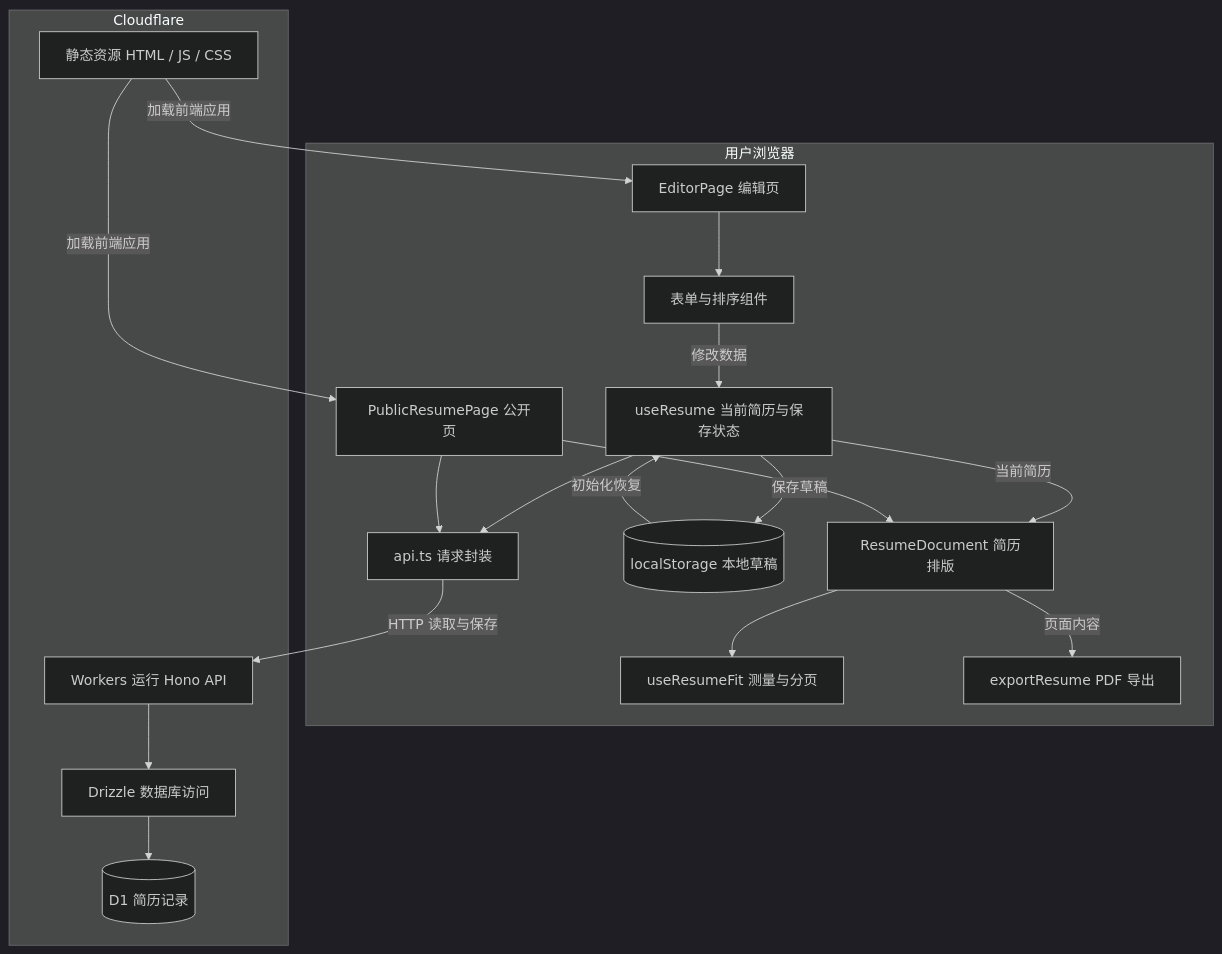
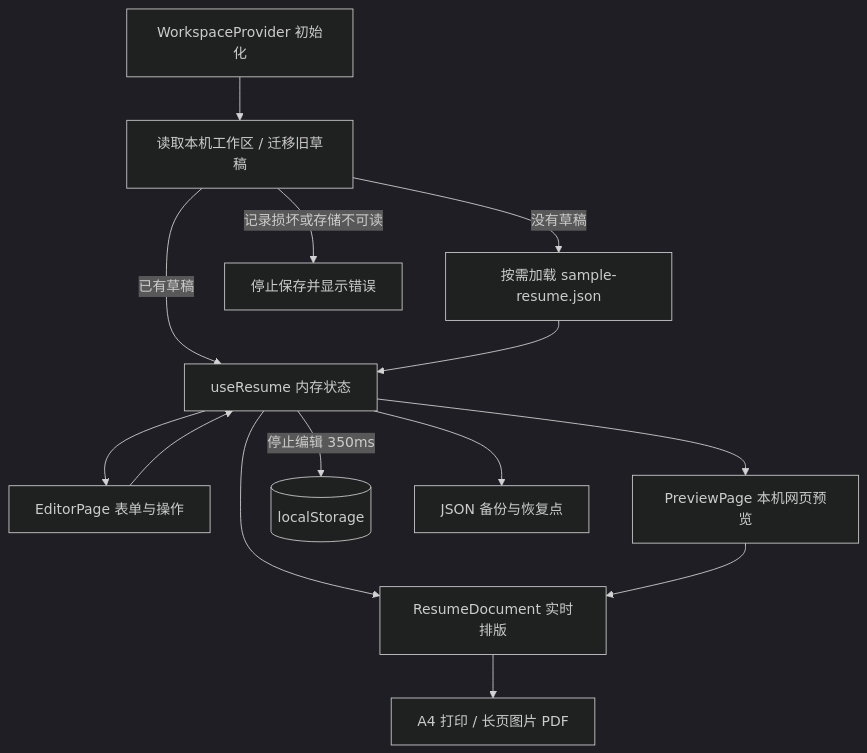
One commit to shqingda/yizhi changed the diagram in docs/architecture.md. Above: the diagram before and after it, drawn with Mermaid (dark theme). The commit also changed other lines of this file and 71 other files, not shown here.

Commit message:
Refactor browser-local workspace and organize project documentation

````diff
--- a/docs/architecture.md
+++ b/docs/architecture.md
@@ -42,35 +9,16 @@
 ```mermaid
-flowchart TB
-    subgraph Browser[用户浏览器]
-        Editor[EditorPage 编辑页]
-        Forms[表单与排序组件]
-        State[useResume 当前简历与保存状态]
-        Public[PublicResumePage 公开页]
-        Document[ResumeDocument 简历排版]
-        Fit[useResumeFit 测量与分页]
-        Export[exportResume PDF 导出]
-        Local[(localStorage 本地草稿)]
-        Client[api.ts 请求封装]
-        Editor --> Forms
-        Forms -->|修改数据| State
-        State -->|当前简历| Document
-        State -->|保存草稿| Local
-        Local -->|初始化恢复| State
-        State --> Client
-        Public --> Client
-        Public --> Document
-        Document --> Fit
-        Document -->|页面内容| Export
-    end
-    subgraph CF[Cloudflare]
-        Assets[静态资源 HTML / JS / CSS]
-        Worker[Workers 运行 Hono API]
-        ORM[Drizzle 数据库访问]
-        DB[(D1 简历记录)]
-        Worker --> ORM
-        ORM --> DB
-    end
-    Assets -->|加载前端应用| Editor
-    Assets -->|加载前端应用| Public
-    Client -->|HTTP 读取与保存| Worker
+flowchart TD
+    Start[WorkspaceProvider 初始化] --> Read[读取本机工作区 / 迁移旧草稿]
+    Read -->|已有草稿| State[useResume 内存状态]
+    Read -->|没有草稿| Sample[按需加载 sample-resume.json]
+    Sample --> State
+    Read -->|记录损坏或存储不可读| Error[停止保存并显示错误]
+    State --> Editor[EditorPage 表单与操作]
+    Editor --> State
+    State --> Preview[ResumeDocument 实时排版]
+    State --> Web[PreviewPage 本机网页预览]
+    Web --> Preview
+    State -->|停止编辑 350ms| Local[(localStorage)]
+    State --> Files[JSON 备份与恢复点]
+    Preview --> PDF[A4 打印 / 长页图片 PDF]
 ```
````
